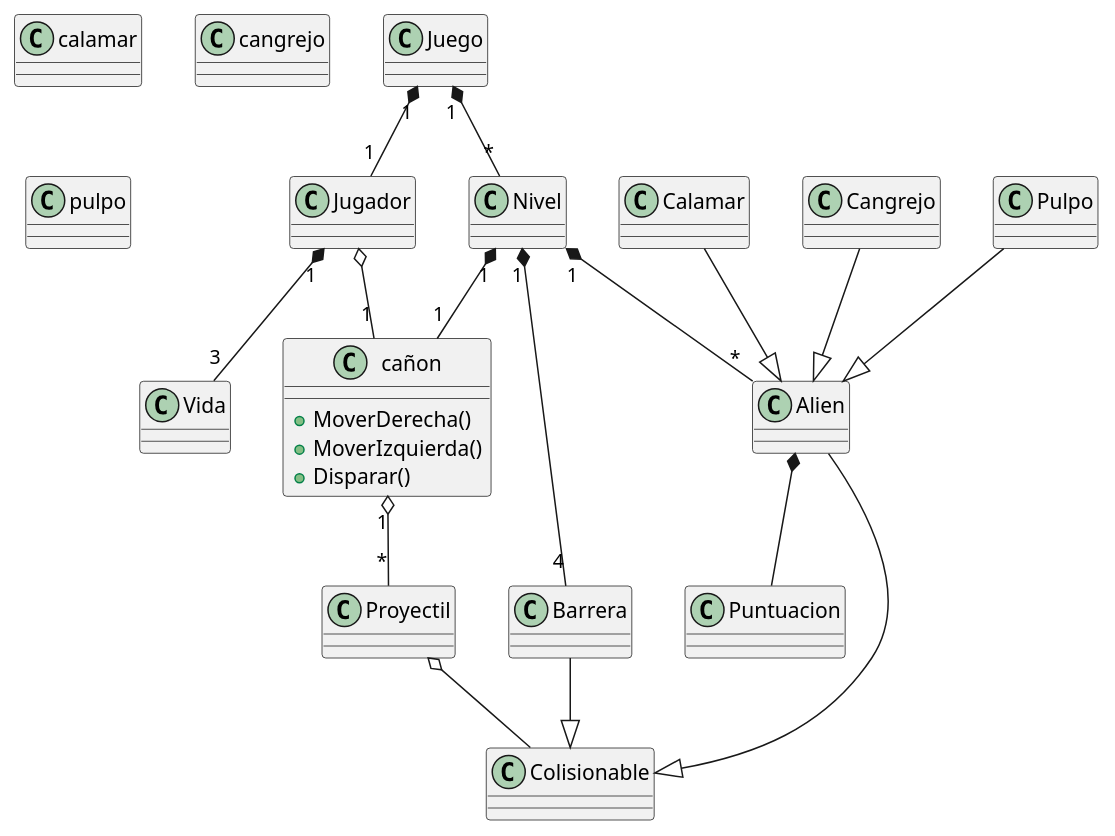
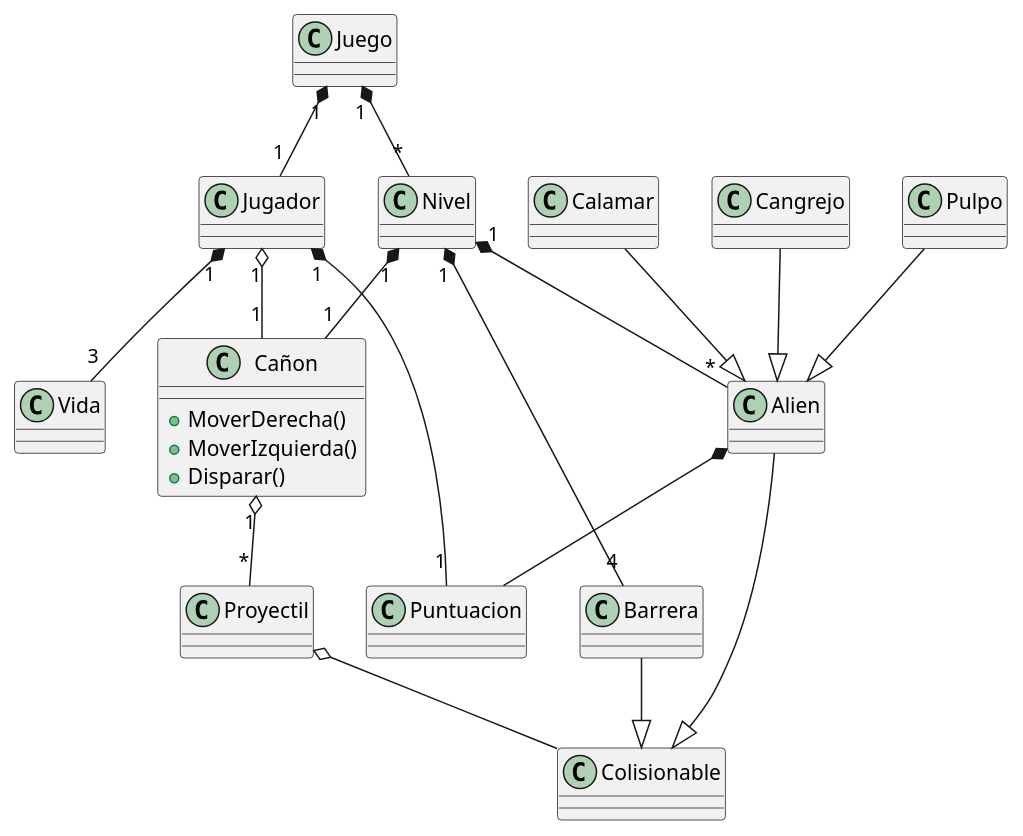
Before and after one commit to 22310226/space-invaders: the diagram in docs/spaces.puml, drawn with PlantUML. The commit also changed 5 other files, not shown here.

```diff
--- a/docs/spaces.puml
+++ b/docs/spaces.puml
@@ -1,51 +1,46 @@
 @startuml space
 
 class Alien
-class cañon {
-    
+class Pulpo
+class Calamar
+class Cangrejo
+class Cañon{
     + MoverDerecha()
     + MoverIzquierda()
     + Disparar()
 }
-
 class Barrera
 class Proyectil
-class Vida 
+class Vida
 class Juego
-class Puntuacion 
+class Puntuacion
 class Nivel
-class Jugador 
+class Jugador
 class Colisionable
-class calamar
-class cangrejo
-class pulpo 
 
+Juego "1" *-- "*" Nivel
+Nivel "1" *-- "*" Alien
+Nivel "1" *-- "4" Barrera
+Nivel "1" *-- "1" Cañon
 
+Jugador "1" o-- "1" Cañon
+Jugador "1" *-- "3" Vida
+Jugador "1" *-- "1" Puntuacion
 
-Juego "1" *-- "*" Nivel 
-Nivel "1" *-- "*" Alien
-Nivel "1" *-- "4" Barrera 
-Nivel "1" *-- "1" cañon
-
-Jugador o-- "1" cañon
-Jugador "1" *-- "3" Vida 
-
-cañon "1" o-- "*" Proyectil
+Cañon "1" o-- "*" Proyectil
 
 Juego "1" *-- "1" Jugador
 
 Proyectil o-- Colisionable
 
 Barrera --|> Colisionable
 Alien --|> Colisionable
 
 Pulpo --|> Alien
-Calamar --|> Alien 
-Cangrejo --|> Alien 
+Calamar --|> Alien
+Cangrejo --|> Alien
 
-Alien *-- Puntuacion 
+Alien *-- Puntuacion
 
 
-
-
-@enduml 
+@enduml
```
